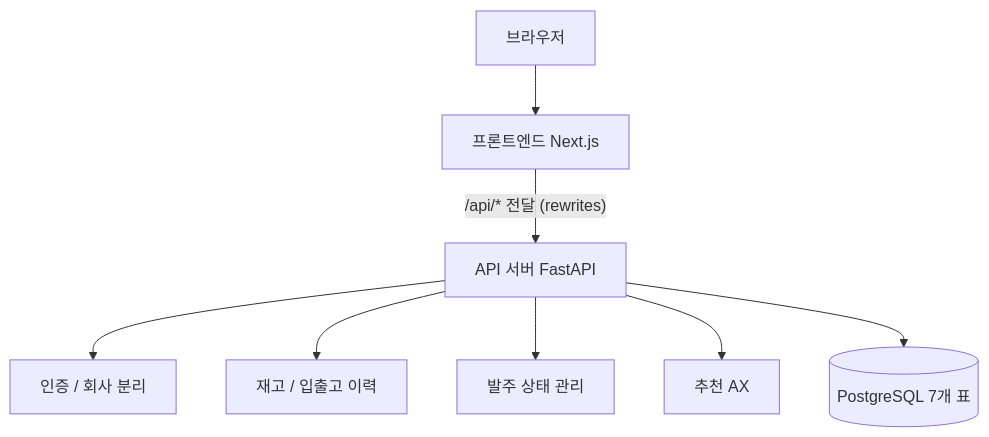
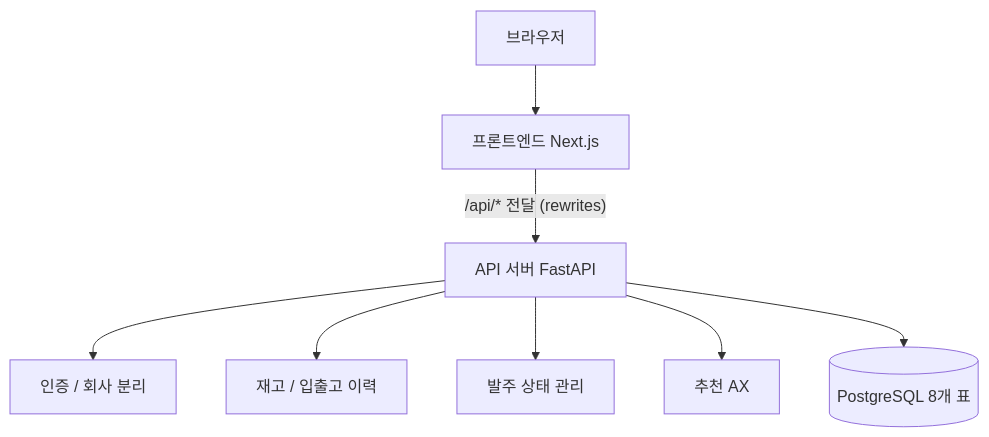
One commit to donghyunwoo1222/Cloud-scm-ax changed the diagram in docs/06-system-design/architecture.md. Above: the diagram before and after it, drawn with Mermaid. The commit also changed other lines of this file and 3 other files, not shown here.

````diff
--- a/docs/06-system-design/architecture.md
+++ b/docs/06-system-design/architecture.md
@@ -25,10 +25,10 @@
 ```mermaid
 flowchart TD
     B[브라우저] --> F[프론트엔드 Next.js]
     F -->|"/api/* 전달 (rewrites)"| A[API 서버 FastAPI]
     A --> A1[인증 / 회사 분리]
     A --> A2[재고 / 입출고 이력]
     A --> A3[발주 상태 관리]
     A --> A4[추천 AX]
-    A --> DB[(PostgreSQL 7개 표)]
+    A --> DB[(PostgreSQL 8개 표)]
 ```
````
